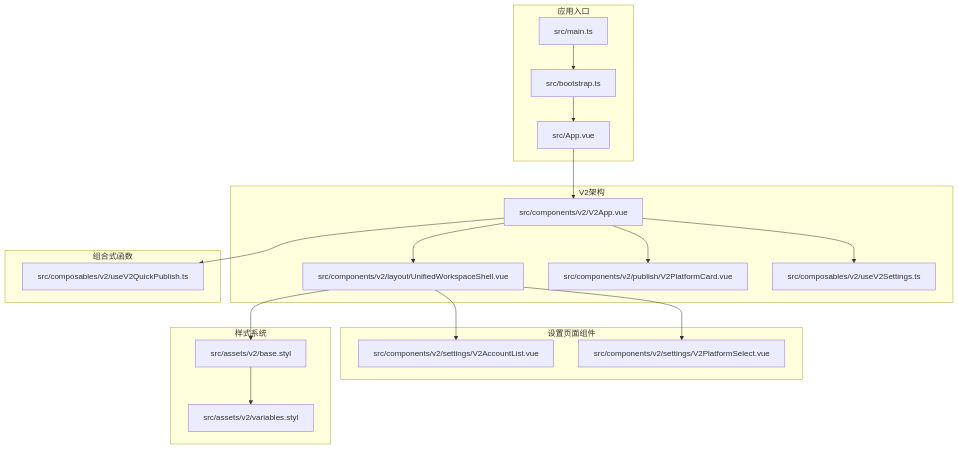
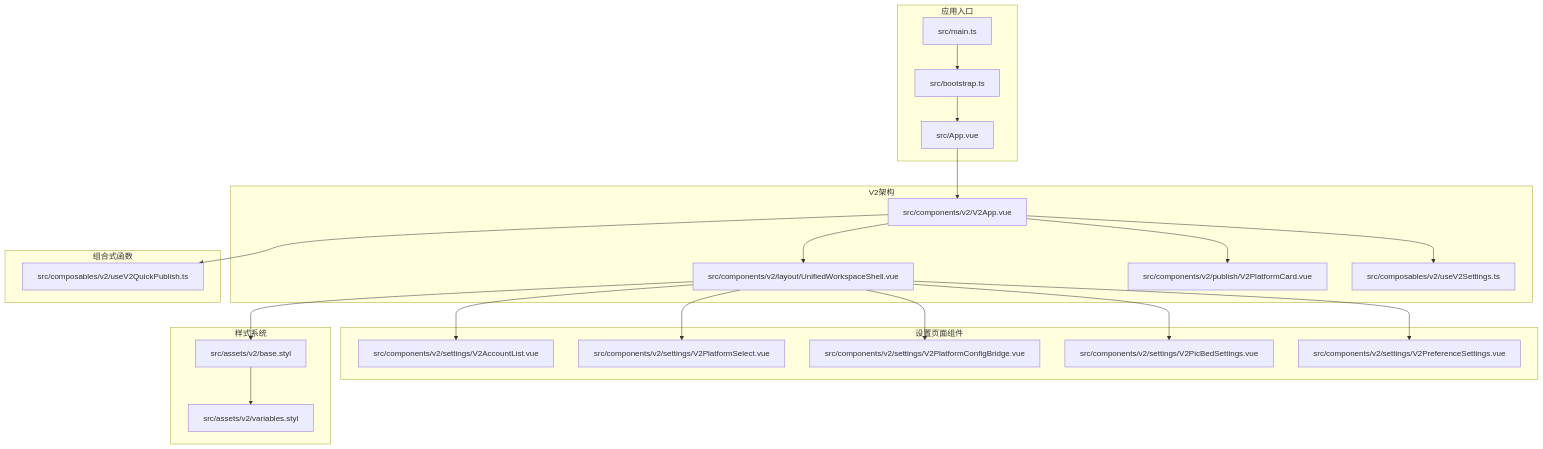
One commit to terwer/siyuan-plugin-publisher changed the first of 10 diagrams in .qoder/repowiki/zh/content/统一工作壳组件.md. Above: the diagram before and after it, drawn with Mermaid. The commit also changed other lines of this file and 27 other files, not shown here.

First line of the commit message:
feat(commonblog): add common blog setting component for platform config

````diff
--- a/.qoder/repowiki/zh/content/统一工作壳组件.md
+++ b/.qoder/repowiki/zh/content/统一工作壳组件.md
@@ -56,36 +57,42 @@
 ```mermaid
 graph TB
 subgraph "应用入口"
 MainTS[src/main.ts]
 Bootstrap[src/bootstrap.ts]
 App[src/App.vue]
 end
 subgraph "V2架构"
 V2App[src/components/v2/V2App.vue]
 Shell[src/components/v2/layout/UnifiedWorkspaceShell.vue]
 PlatformCard[src/components/v2/publish/V2PlatformCard.vue]
 SettingsComposable[src/composables/v2/useV2Settings.ts]
 end
 subgraph "设置页面组件"
 AccountList[src/components/v2/settings/V2AccountList.vue]
 PlatformSelect[src/components/v2/settings/V2PlatformSelect.vue]
+PlatformConfig[src/components/v2/settings/V2PlatformConfigBridge.vue]
+PicBedSettings[src/components/v2/settings/V2PicBedSettings.vue]
+PreferenceSettings[src/components/v2/settings/V2PreferenceSettings.vue]
 end
 subgraph "样式系统"
 BaseStyl[src/assets/v2/base.styl]
 Variables[src/assets/v2/variables.styl]
 end
 subgraph "组合式函数"
 QuickPublish[src/composables/v2/useV2QuickPublish.ts]
 end
 MainTS --> Bootstrap
 Bootstrap --> App
 App --> V2App
 V2App --> Shell
 V2App --> PlatformCard
 V2App --> SettingsComposable
 Shell --> AccountList
 Shell --> PlatformSelect
+Shell --> PlatformConfig
+Shell --> PicBedSettings
+Shell --> PreferenceSettings
 Shell --> BaseStyl
 BaseStyl --> Variables
 V2App --> QuickPublish
 ```
````
